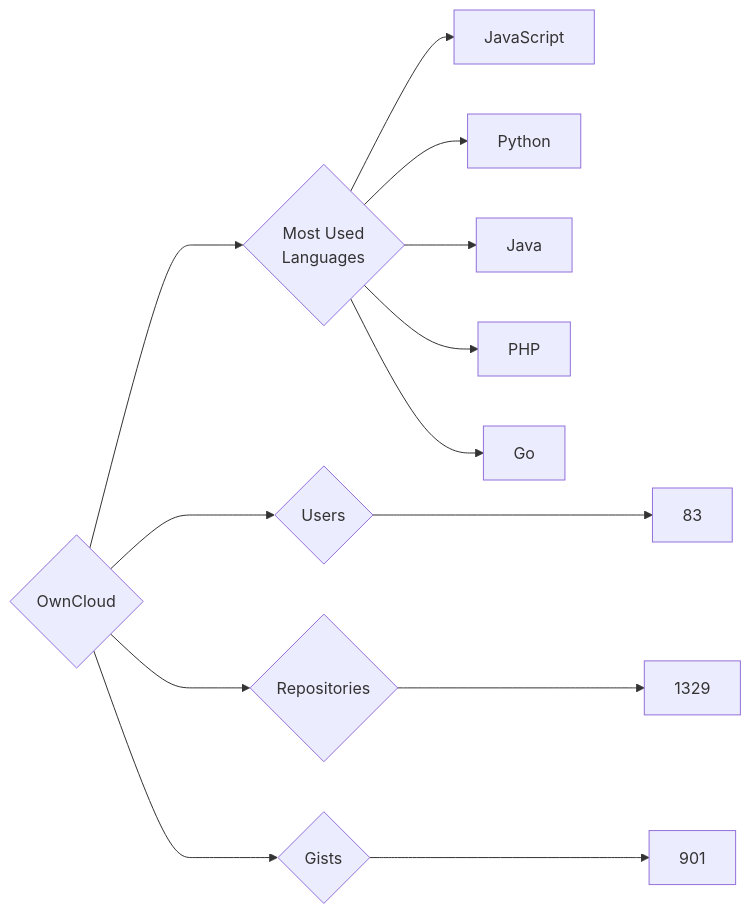
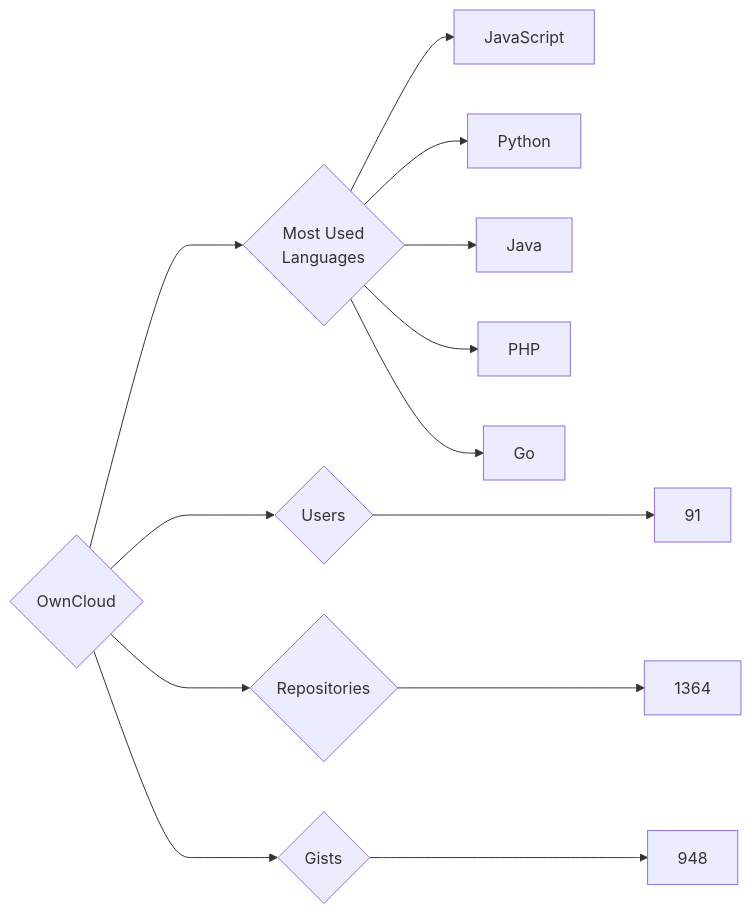
One commit to trickest/insiders changed the diagram in targets/OwnCloud/README.md. Above: the diagram before and after it, drawn with Mermaid. The commit also changed 1696 other files, not shown here.

````diff
--- a/targets/OwnCloud/README.md
+++ b/targets/OwnCloud/README.md
@@ -3,13 +3,13 @@
 ```mermaid
 graph LR
 COMPANY_NAME{OwnCloud}
-COMPANY_NAME ---> U{Users} ---> UN[83]
-COMPANY_NAME ---> R{Repositories} ---> RN[1329]
-COMPANY_NAME ---> G{Gists} ---> GN[901]
+COMPANY_NAME ---> U{Users} ---> UN[91]
+COMPANY_NAME ---> R{Repositories} ---> RN[1364]
+COMPANY_NAME ---> G{Gists} ---> GN[948]
 COMPANY_NAME ---> ML{Most Used<br>Languages}
 ML --> JavaScript[JavaScript]
 ML --> Python[Python]
 ML --> Java[Java]
 ML --> PHP[PHP]
 ML --> Go[Go]
 ```
````
